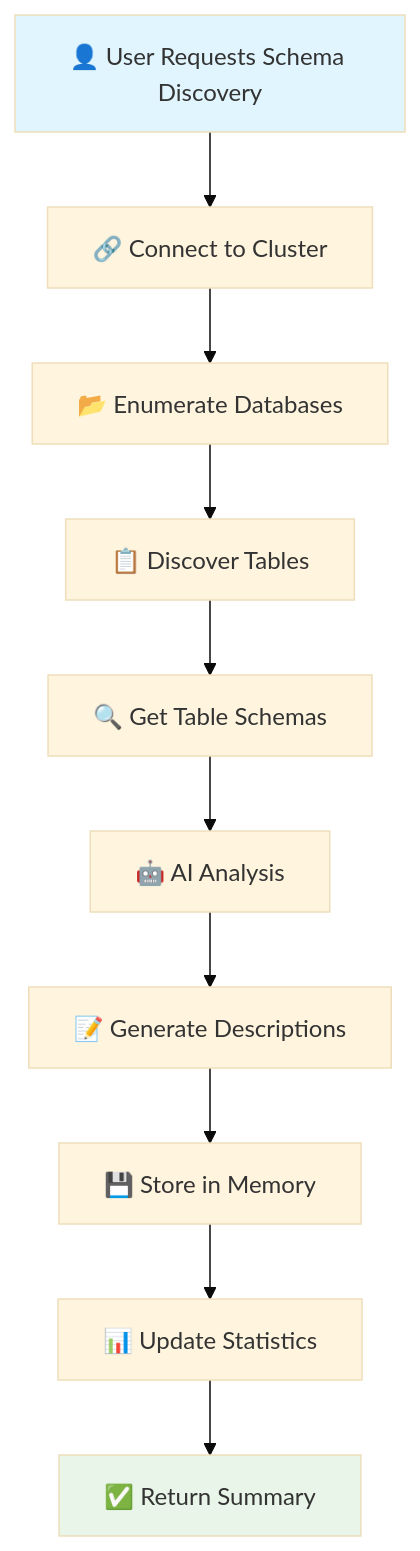
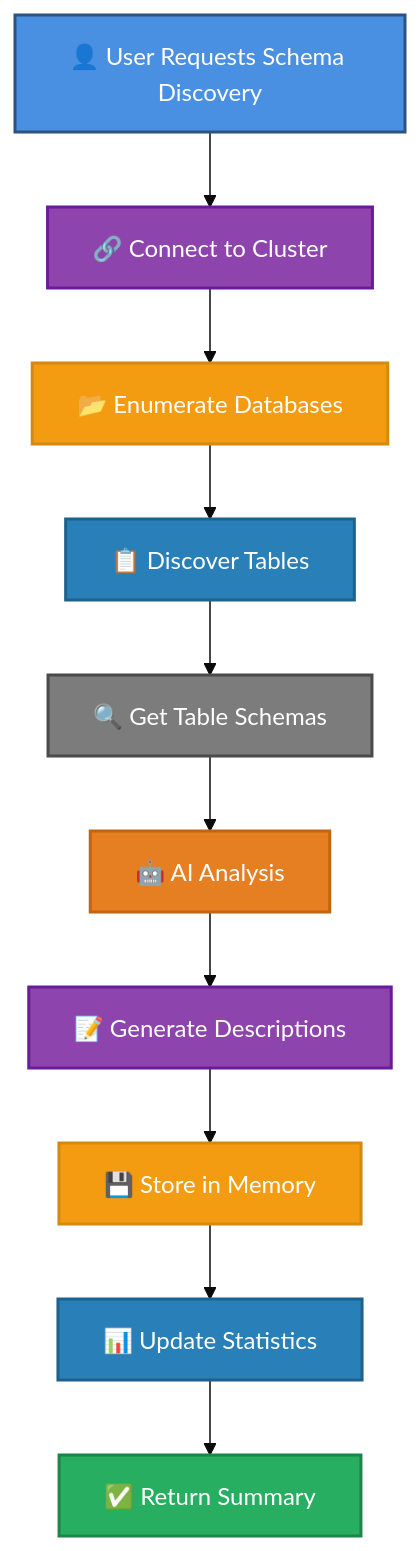
The second of 3 diagrams in README.md (fastmcp-me/mcp-kql-server), drawn with Mermaid (base theme) before and after one commit. The commit also changed other lines of this file and 6 other files, not shown here.

````diff
--- a/README.md
+++ b/README.md
@@ -68,17 +80,25 @@
 ```mermaid
 graph TD
     A[👤 User Requests Schema Discovery] --> B[🔗 Connect to Cluster]
     B --> C[📂 Enumerate Databases]
     C --> D[📋 Discover Tables]
     
     D --> E[🔍 Get Table Schemas]
     E --> F[🤖 AI Analysis]
     F --> G[📝 Generate Descriptions]
     
     G --> H[💾 Store in Memory]
     H --> I[📊 Update Statistics]
     I --> J[✅ Return Summary]
     
-    style A fill:#e1f5fe
-    style J fill:#e8f5e8
+    style A fill:#4a90e2,stroke:#2c5282,stroke-width:2px,color:#ffffff
+    style B fill:#8e44ad,stroke:#6a1b99,stroke-width:2px,color:#ffffff
+    style C fill:#f39c12,stroke:#d68910,stroke-width:2px,color:#ffffff
+    style D fill:#2980b9,stroke:#1f618d,stroke-width:2px,color:#ffffff
+    style E fill:#7c7c7c,stroke:#4a4a4a,stroke-width:2px,color:#ffffff
+    style F fill:#e67e22,stroke:#bf6516,stroke-width:2px,color:#ffffff
+    style G fill:#8e44ad,stroke:#6a1b99,stroke-width:2px,color:#ffffff
+    style H fill:#f39c12,stroke:#d68910,stroke-width:2px,color:#ffffff
+    style I fill:#2980b9,stroke:#1f618d,stroke-width:2px,color:#ffffff
+    style J fill:#27ae60,stroke:#1e8449,stroke-width:2px,color:#ffffff
 ```
````
